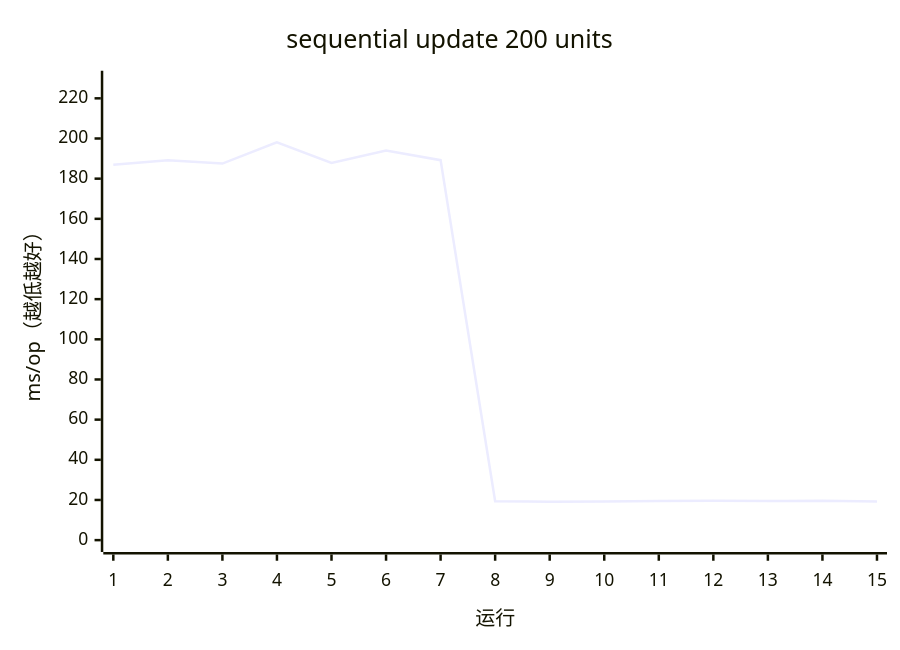
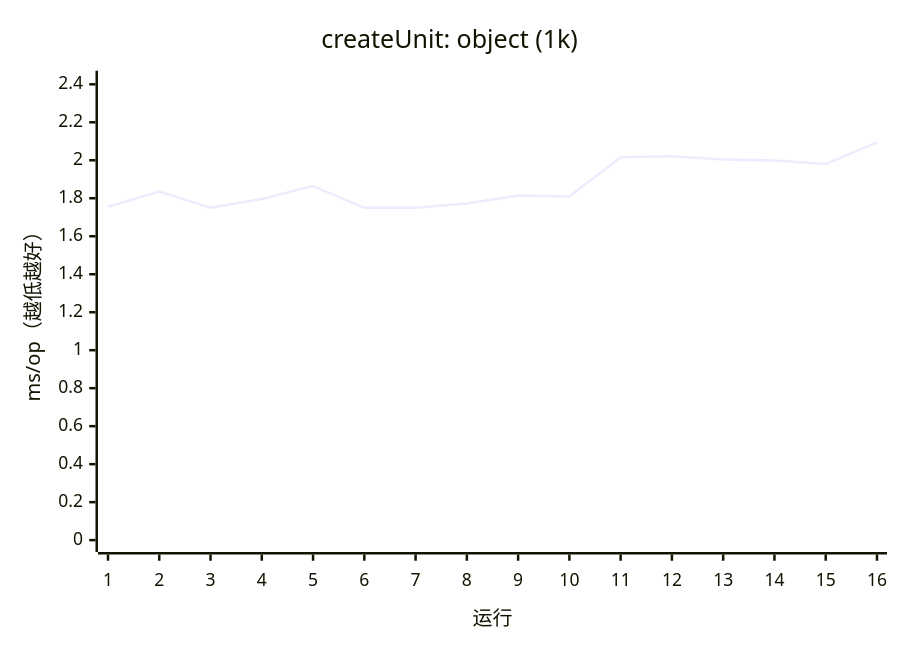
The tenth of 17 diagrams in apps/docs/src/content/docs/guides/benchmark.mdx (AIluffy/io), drawn with Mermaid before and after one commit. The commit also changed other lines of this file and 25 other files, not shown here.

````diff
--- a/apps/docs/src/content/docs/guides/benchmark.mdx
+++ b/apps/docs/src/content/docs/guides/benchmark.mdx
@@ -327,7 +312,7 @@
 ```mermaid
 xychart-beta
-  title "sequential update 200 units"
-  x-axis "运行" [1, 2, 3, 4, 5, 6, 7, 8, 9, 10, 11, 12, 13, 14, 15]
-  y-axis "ms/op（越低越好）" 0 --> 227.822
-  line [186.9116, 189.1437, 187.5276, 198.1061, 187.8507, 193.992, 189.2093, 19.3745, 19.157, 19.247, 19.5097, 19.665, 19.4525, 19.6475, 19.1882]
+  title "createUnit: object (1k)"
+  x-axis "运行" [1, 2, 3, 4, 5, 6, 7, 8, 9, 10, 11, 12, 13, 14, 15, 16]
+  y-axis "ms/op（越低越好）" 0 --> 2.4088
+  line [1.7544, 1.8351, 1.7504, 1.7963, 1.8644, 1.7495, 1.7498, 1.7729, 1.8142, 1.8094, 2.0156, 2.0205, 2.0043, 1.9985, 1.9802, 2.0946]
 ```
````
